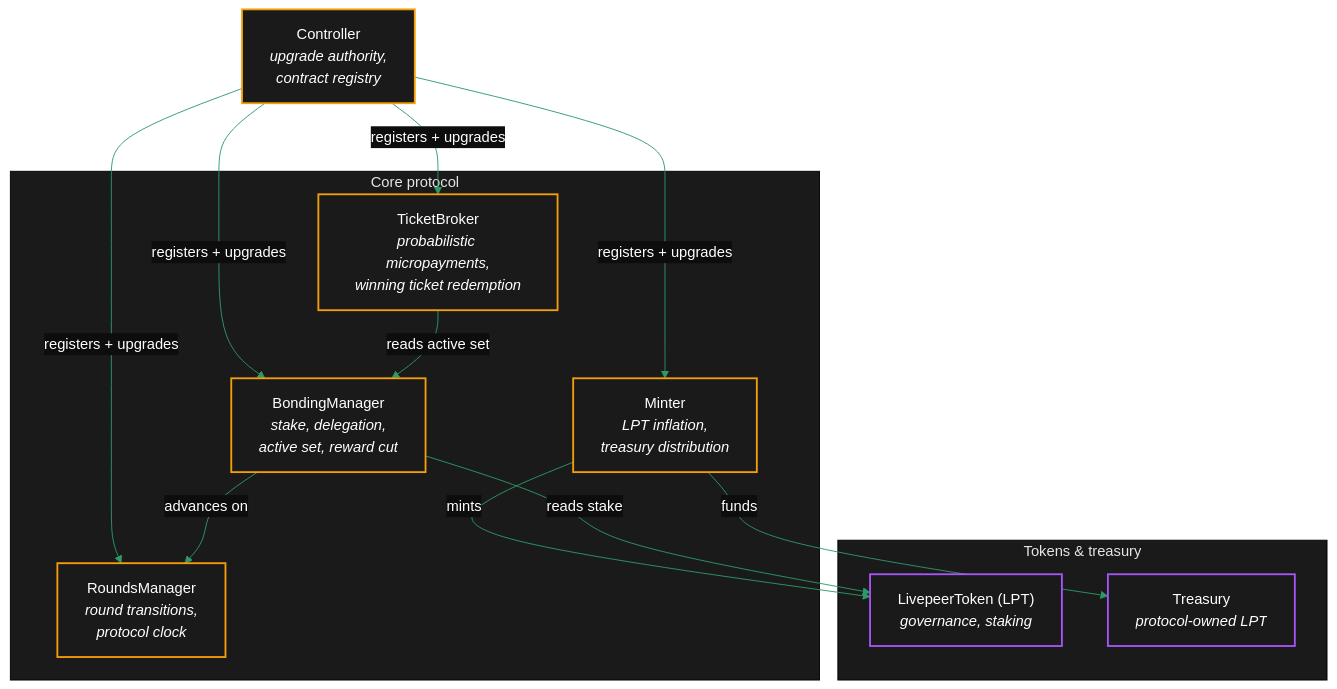
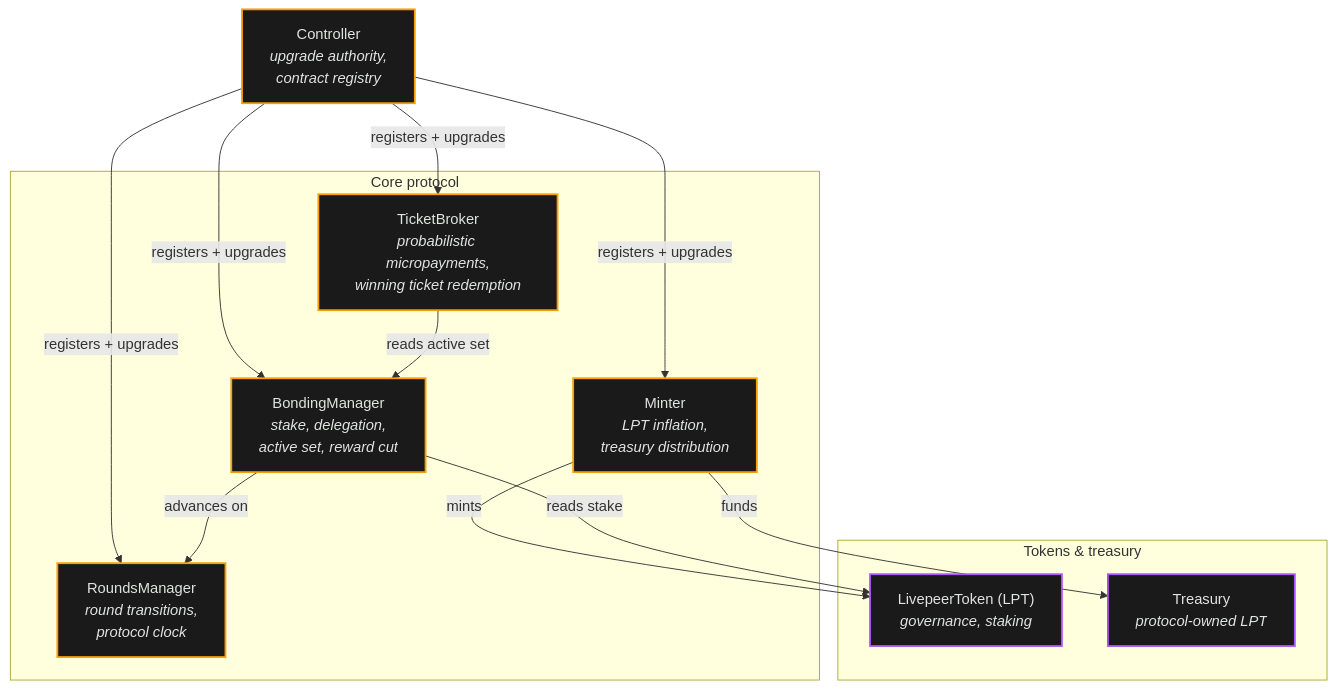
The first of 7 diagrams in v2/about/concepts/livepeer-stack.mdx (livepeer/docs), drawn with Mermaid before and after one commit. The commit also changed other lines of this file and 73 other files, not shown here.

````diff
--- a/v2/about/concepts/livepeer-stack.mdx
+++ b/v2/about/concepts/livepeer-stack.mdx
@@ -151,31 +155,31 @@
 ```mermaid
-%%{init: {'theme': 'base', 'themeVariables': { 'primaryColor': '#1a1a1a', 'primaryTextColor': '#fff', 'primaryBorderColor': '#2d9a67', 'lineColor': '#2d9a67', 'secondaryColor': '#0d0d0d', 'tertiaryColor': '#1a1a1a', 'background': '#0d0d0d', 'fontFamily': 'system-ui' }}}%%
+%%{init: {'theme': 'base', 'themeVariables': { 'primaryColor': '#1a1a1a', 'primaryTextColor': '#E0E4E0', 'primaryBorderColor': '#2b9a66', 'lineColor': '#2b9a66', 'secondaryColor': '#0d0d0d', 'tertiaryColor': '#1a1a1a', 'background': '#0d0d0d', 'fontFamily': "Inter, 'Inter Fallback', -apple-system, system-ui" }}}%%
 flowchart TB
-    classDef default fill:#1a1a1a,color:#fff,stroke:#2d9a67,stroke-width:2px
-    classDef proto fill:#1a1a1a,color:#fff,stroke:#f59e0b,stroke-width:2px
-    classDef token fill:#1a1a1a,color:#fff,stroke:#a855f7,stroke-width:2px
+    classDef default fill:#1a1a1a,color:#E0E4E0,stroke:#2b9a66,stroke-width:2px
+    classDef proto fill:#1a1a1a,color:#E0E4E0,stroke:#f59e0b,stroke-width:2px
+    classDef token fill:#1a1a1a,color:#E0E4E0,stroke:#a855f7,stroke-width:2px
 
     Ctrl["Controller<br/><i>upgrade authority,<br/>contract registry</i>"]:::proto
 
     subgraph Core["Core protocol"]
         BondMgr["BondingManager<br/><i>stake, delegation,<br/>active set, reward cut</i>"]:::proto
         TicketB["TicketBroker<br/><i>probabilistic micropayments,<br/>winning ticket redemption</i>"]:::proto
         Rounds["RoundsManager<br/><i>round transitions,<br/>protocol clock</i>"]:::proto
         Minter["Minter<br/><i>LPT inflation,<br/>treasury distribution</i>"]:::proto
     end
 
     subgraph Tokens["Tokens & treasury"]
         LPT["LivepeerToken (LPT)<br/><i>governance, staking</i>"]:::token
         Treasury["Treasury<br/><i>protocol-owned LPT</i>"]:::token
     end
 
     Ctrl -->|registers + upgrades| BondMgr
     Ctrl -->|registers + upgrades| TicketB
     Ctrl -->|registers + upgrades| Rounds
     Ctrl -->|registers + upgrades| Minter
     Minter -->|mints| LPT
     Minter -->|funds| Treasury
     BondMgr -->|reads stake| LPT
     TicketB -->|reads active set| BondMgr
     BondMgr -->|advances on| Rounds
 ```
````
